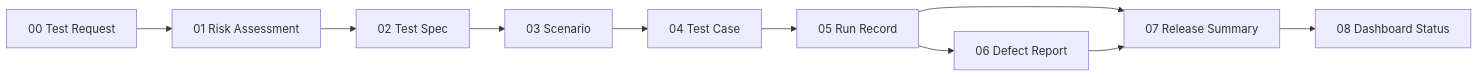
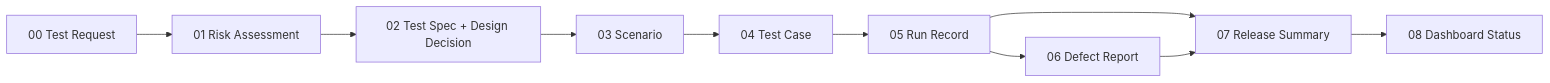
One commit to sanyoii/RiskQADemoSite changed the diagram in Templates/QA/README.md. Above: the diagram before and after it, drawn with Mermaid. The commit also changed other lines of this file and 49 other files, not shown here.

````diff
--- a/Templates/QA/README.md
+++ b/Templates/QA/README.md
@@ -7,12 +7,12 @@
 ```mermaid
 flowchart LR
     REQUEST["00 Test Request"] --> RISK["01 Risk Assessment"]
-    RISK --> SPEC["02 Test Spec"]
+    RISK --> SPEC["02 Test Spec + Design Decision"]
     SPEC --> SCENARIO["03 Scenario"]
     SCENARIO --> CASE["04 Test Case"]
     CASE --> RUN["05 Run Record"]
     RUN --> DEFECT["06 Defect Report"]
     RUN --> SUMMARY["07 Release Summary"]
     DEFECT --> SUMMARY
     SUMMARY --> STATUS["08 Dashboard Status"]
 ```
````
